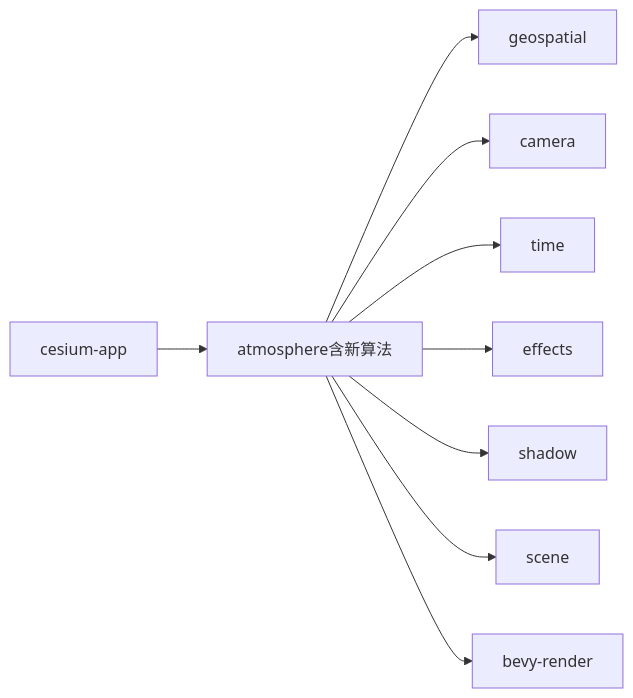
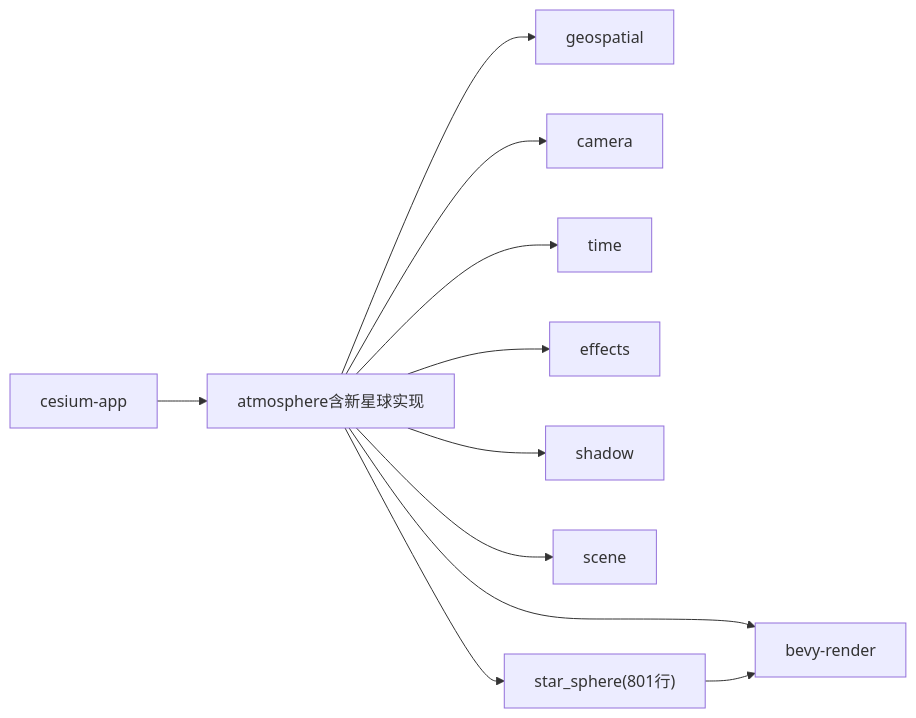
Before and after one commit to rzhangjing/cesium: the sixth of 6 diagrams in .qoder/repowiki/zh/content/项目概述/核心特性/大气系统.md, drawn with Mermaid. The commit also changed other lines of this file and 30 other files, not shown here.

````diff
--- a/.qoder/repowiki/zh/content/项目概述/核心特性/大气系统.md
+++ b/.qoder/repowiki/zh/content/项目概述/核心特性/大气系统.md
@@ -251,11 +296,13 @@
 ```mermaid
 graph LR
-App["cesium-app"] --> Atmo["atmosphere含新算法"]
+App["cesium-app"] --> Atmo["atmosphere含新星球实现"]
 Atmo --> Geo["geospatial"]
 Atmo --> Cam["camera"]
 Atmo --> Tm["time"]
 Atmo --> Eff["effects"]
 Atmo --> Shd["shadow"]
 Atmo --> Scn["scene"]
 Atmo --> Brv["bevy-render"]
+Atmo --> StarSphere["star_sphere(801行)"]
+StarSphere --> Brv
 ```
````
